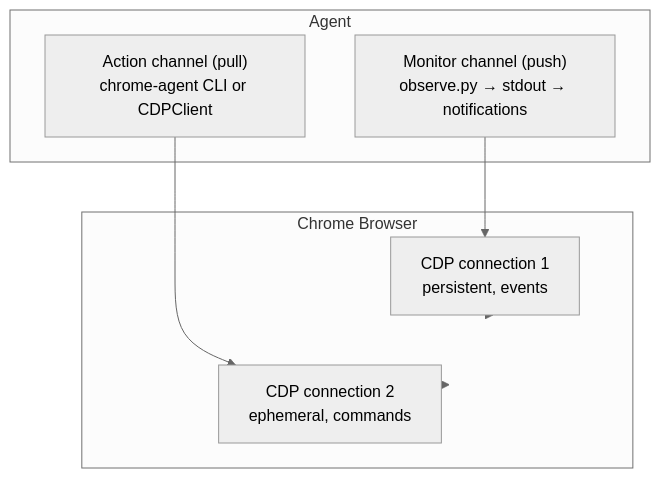
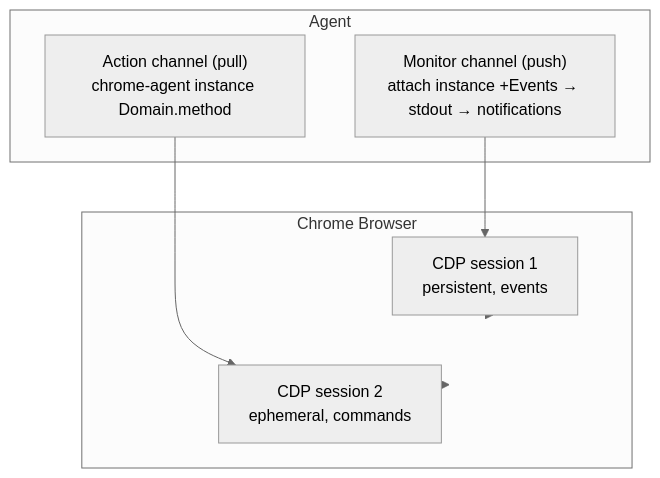
Before and after one commit to captivus/chrome-agent: the diagram in docs/monitor-integration.md, drawn with Mermaid (neutral theme). The commit also changed other lines of this file and 4 other files, not shown here.

````diff
--- a/docs/monitor-integration.md
+++ b/docs/monitor-integration.md
@@ -21,17 +21,17 @@
 ```mermaid
 flowchart TB
     subgraph Agent
-        M["Monitor channel (push)\nobserve.py → stdout → notifications"]
-        A["Action channel (pull)\nchrome-agent CLI or CDPClient"]
+        M["Monitor channel (push)\nattach instance +Events → stdout → notifications"]
+        A["Action channel (pull)\nchrome-agent instance Domain.method"]
     end
 
     subgraph Browser["Chrome Browser"]
-        CDP1["CDP connection 1\npersistent, events"]
-        CDP2["CDP connection 2\nephemeral, commands"]
+        CDP1["CDP session 1\npersistent, events"]
+        CDP2["CDP session 2\nephemeral, commands"]
     end
 
     M --> CDP1
     A --> CDP2
     CDP1 --> Browser
     CDP2 --> Browser
 ```
````
